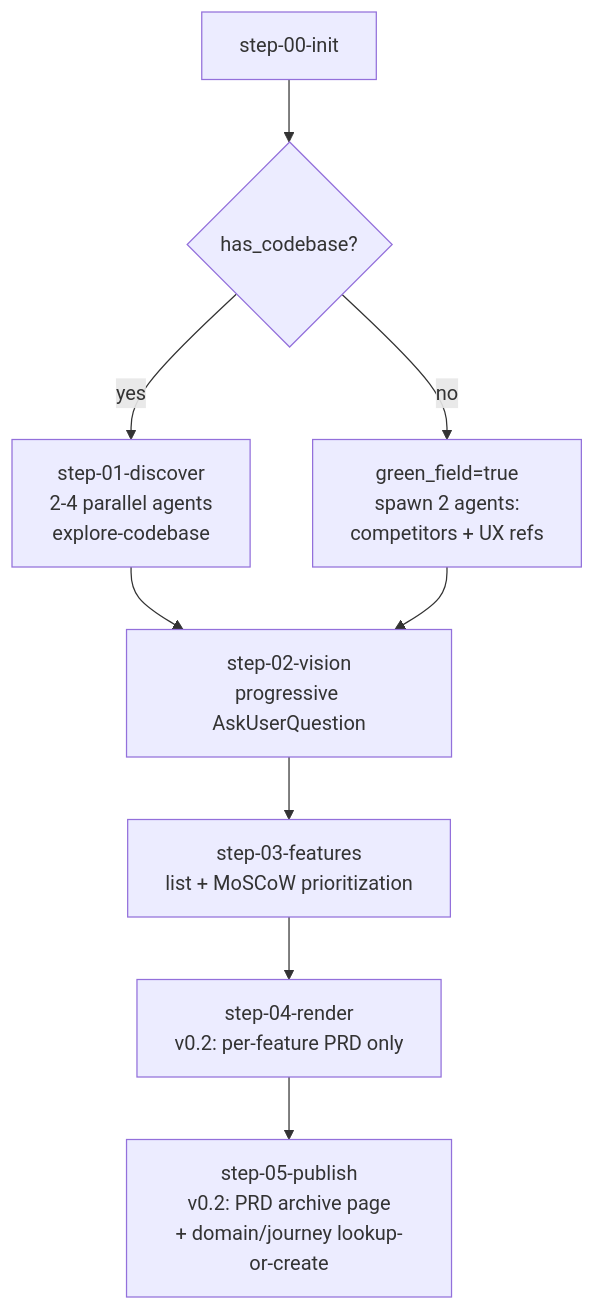
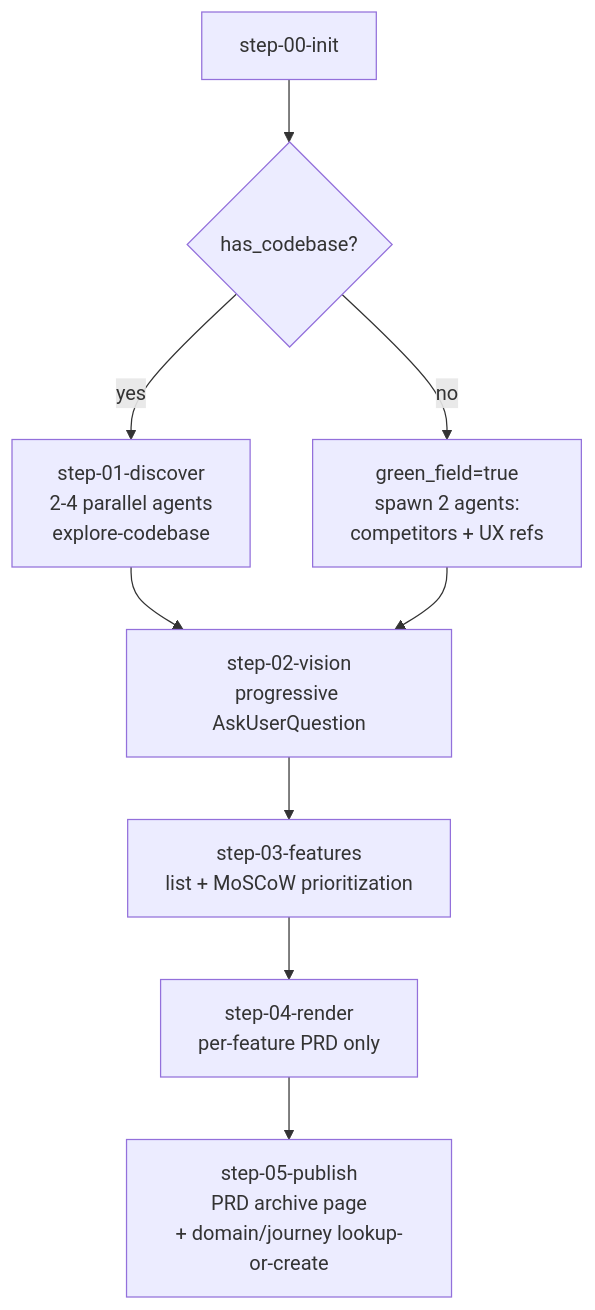
The third of 10 diagrams in docs/usage/diagram.md (BryanBerger98/snapship-plugin), drawn with Mermaid before and after one commit. The commit also changed other lines of this file and 19 other files, not shown here.

````diff
--- a/docs/usage/diagram.md
+++ b/docs/usage/diagram.md
@@ -50,11 +50,11 @@
 ```mermaid
 flowchart TB
     S0[step-00-init] --> DETECT{has_codebase?}
     DETECT -->|yes| S1[step-01-discover<br/>2-4 parallel agents<br/>explore-codebase]
     DETECT -->|no| GREEN[green_field=true<br/>spawn 2 agents:<br/>competitors + UX refs]
     S1 --> S2[step-02-vision<br/>progressive AskUserQuestion]
     GREEN --> S2
     S2 --> S3[step-03-features<br/>list + MoSCoW prioritization]
-    S3 --> S4[step-04-render<br/>v0.2: per-feature PRD only]
-    S4 --> S5[step-05-publish<br/>v0.2: PRD archive page<br/>+ domain/journey lookup-or-create]
+    S3 --> S4[step-04-render<br/>per-feature PRD only]
+    S4 --> S5[step-05-publish<br/>PRD archive page<br/>+ domain/journey lookup-or-create]
 ```
````
